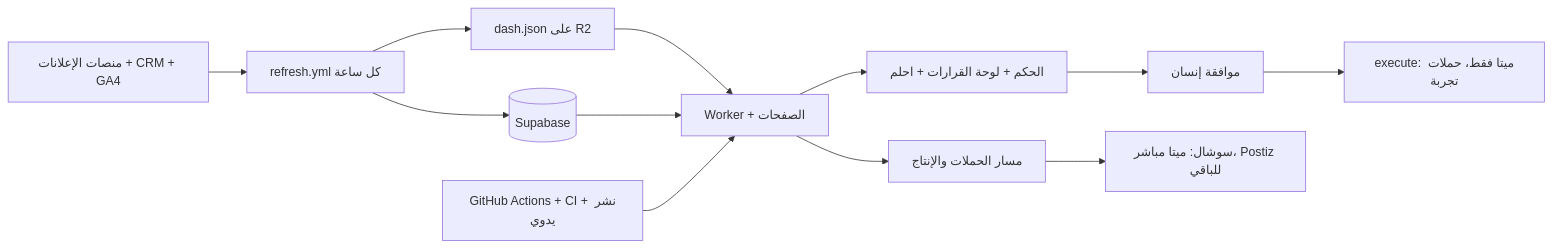
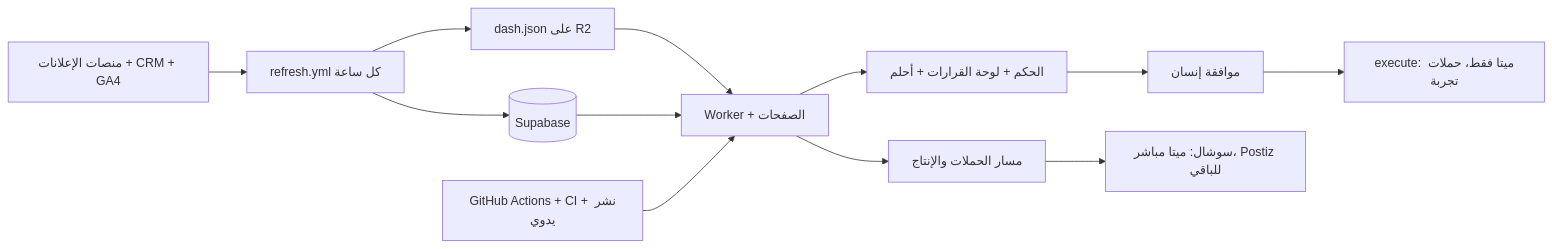
One commit to leen-saz/well-ads changed the first of 8 diagrams in docs/system-workflow-review.md. Above: the diagram before and after it, drawn with Mermaid. The commit also changed other lines of this file and 34 other files, not shown here.

````diff
--- a/docs/system-workflow-review.md
+++ b/docs/system-workflow-review.md
@@ -16,14 +16,14 @@
 ```mermaid
 flowchart LR
   P[منصات الإعلانات + CRM + GA4] --> R[refresh.yml كل ساعة]
   R --> S[(Supabase)]
   R --> D[dash.json على R2]
   D --> W[Worker + الصفحات]
   S --> W
-  W --> J[الحكم + لوحة القرارات + احلم]
+  W --> J[الحكم + لوحة القرارات + أحلم]
   J --> H[موافقة إنسان]
   H --> X[execute: ميتا فقط، حملات تجربة]
   W --> C[مسار الحملات والإنتاج]
   C --> SO[سوشال: ميتا مباشر، Postiz للباقي]
   G[GitHub Actions + CI + نشر يدوي] --> W
 ```
````
